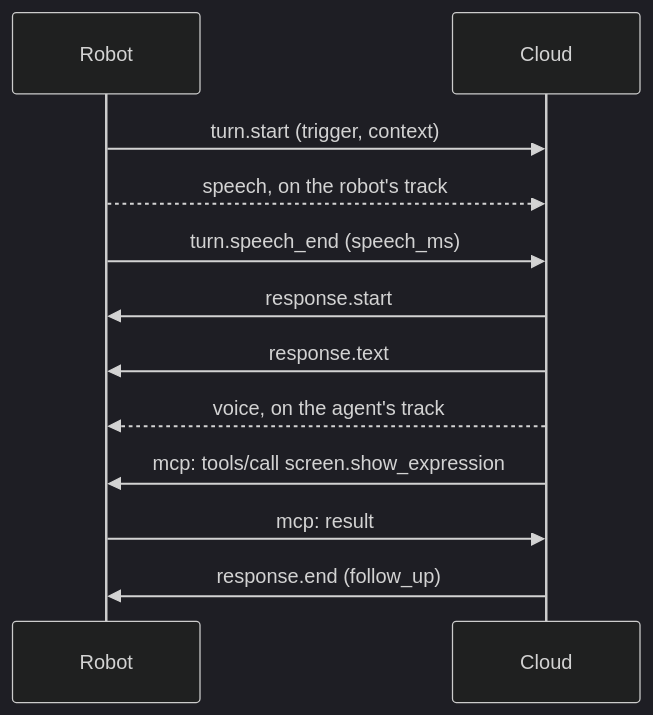
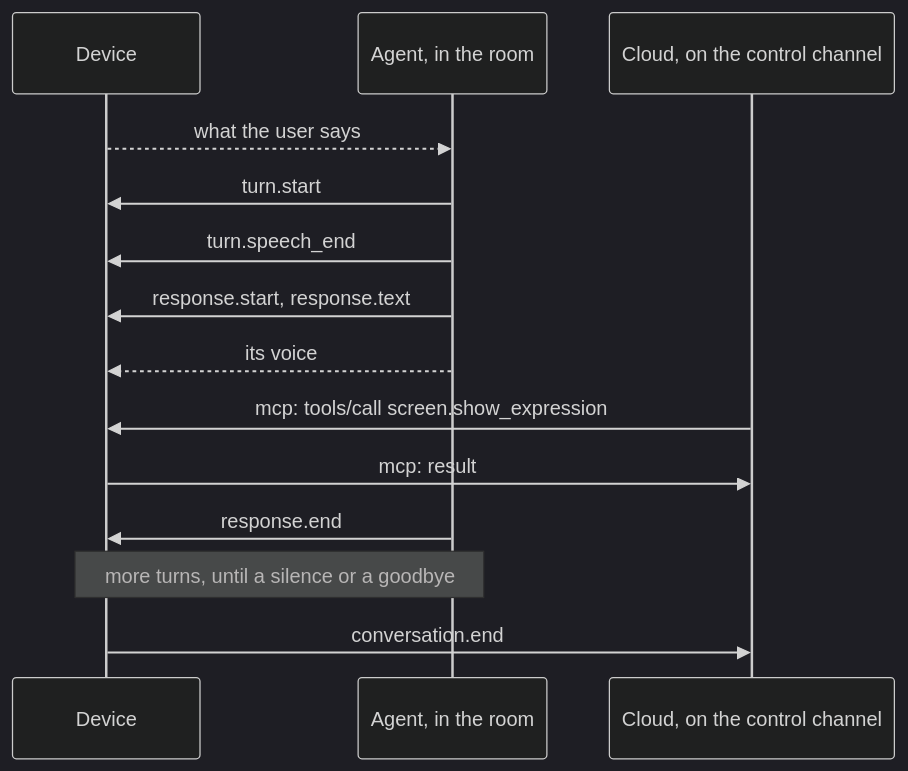
One commit to trungnguyen278/ai-platform changed the second of 2 diagrams in protocols/cloud/README.md. Above: the diagram before and after it, drawn with Mermaid (dark theme). The commit also changed other lines of this file and 10 other files, not shown here.

````diff
--- a/protocols/cloud/README.md
+++ b/protocols/cloud/README.md
@@ -263,14 +368,16 @@
 ```mermaid
 sequenceDiagram
-    participant R as Robot
-    participant C as Cloud
-    R->>C: turn.start (trigger, context)
-    R-->>C: speech, on the robot's track
-    R->>C: turn.speech_end (speech_ms)
-    C->>R: response.start
-    C->>R: response.text
-    C-->>R: voice, on the agent's track
-    C->>R: mcp: tools/call screen.show_expression
-    R->>C: mcp: result
-    C->>R: response.end (follow_up)
+    participant D as Device
+    participant A as Agent, in the room
+    participant C as Cloud, on the control channel
+    D-->>A: what the user says
+    A->>D: turn.start
+    A->>D: turn.speech_end
+    A->>D: response.start, response.text
+    A-->>D: its voice
+    C->>D: mcp: tools/call screen.show_expression
+    D->>C: mcp: result
+    A->>D: response.end
+    Note over D,A: more turns, until a silence or a goodbye
+    D->>C: conversation.end
 ```
````
